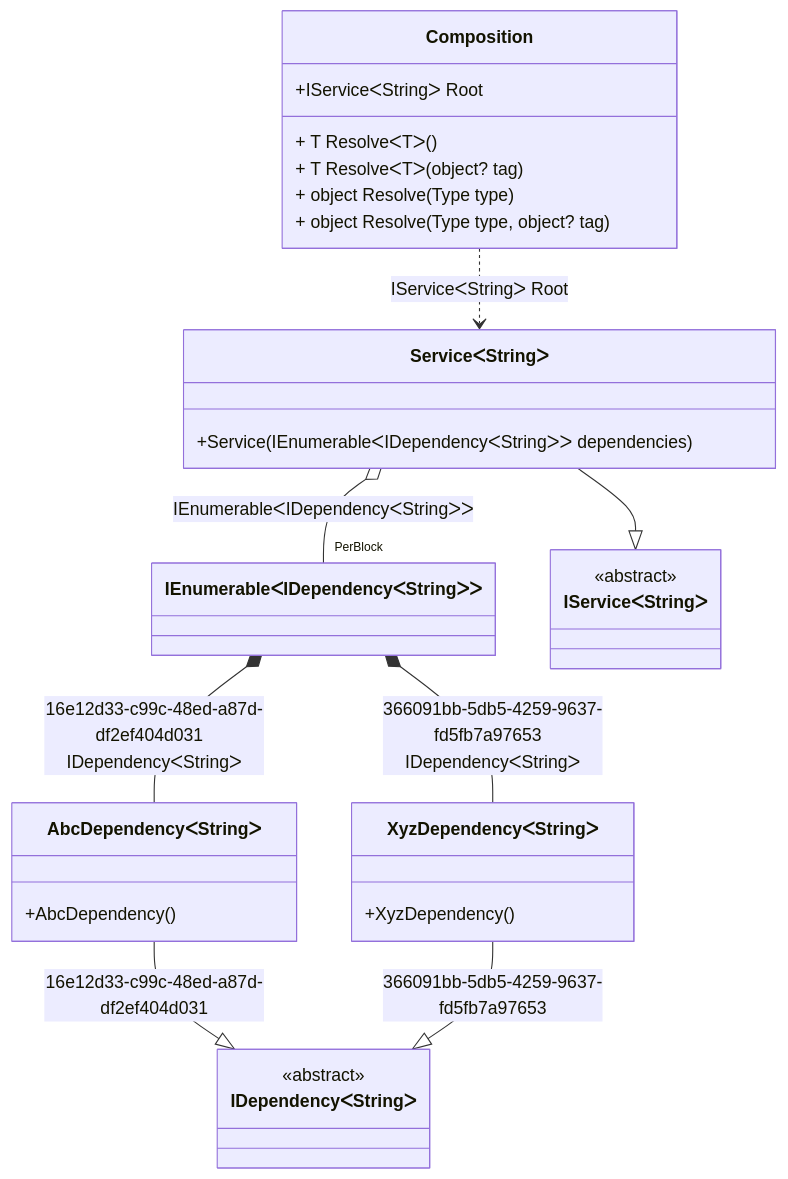
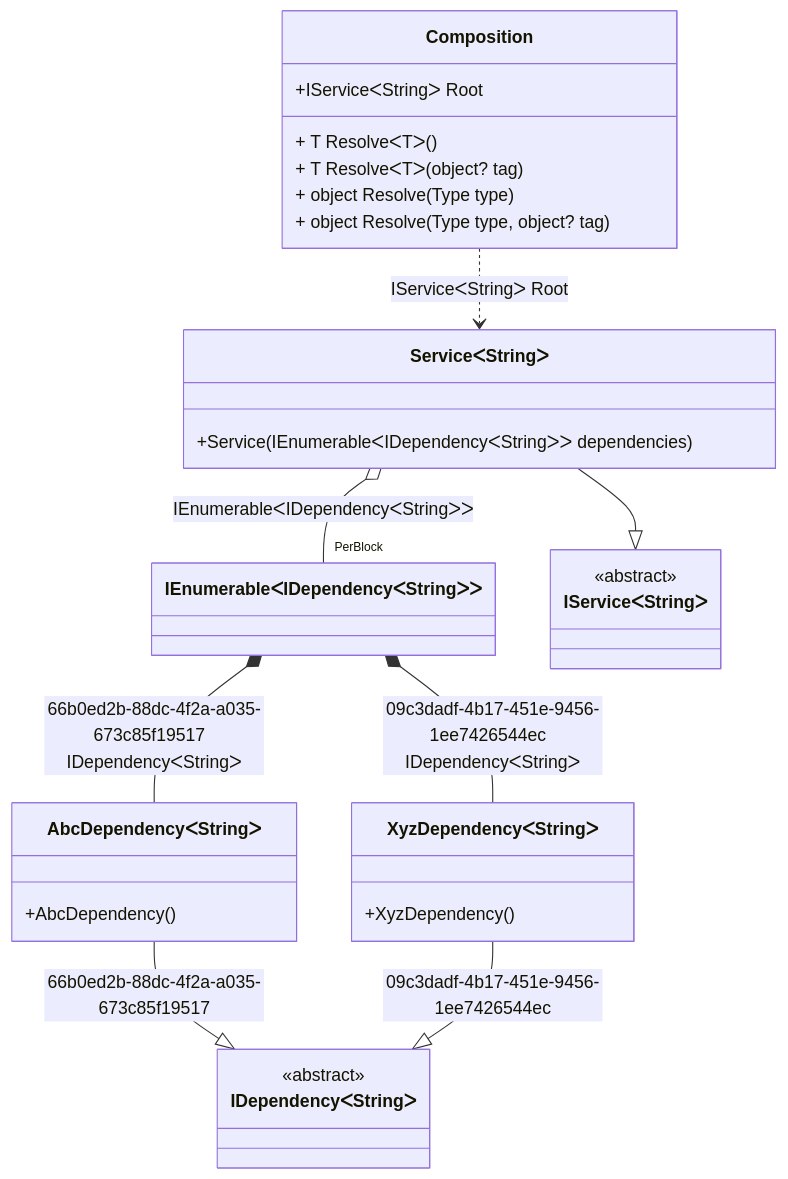
The diagram in readme/tag-unique.md (DevTeam/Pure.DI), drawn with Mermaid before and after one commit. The commit also changed other lines of this file and 2 other files, not shown here.

````diff
--- a/readme/tag-unique.md
+++ b/readme/tag-unique.md
@@ -39,33 +39,33 @@
 ```mermaid
 classDiagram
   class Composition {
     +IServiceᐸStringᐳ Root
     + T ResolveᐸTᐳ()
     + T ResolveᐸTᐳ(object? tag)
     + object Resolve(Type type)
     + object Resolve(Type type, object? tag)
   }
   class IEnumerableᐸIDependencyᐸStringᐳᐳ
-  AbcDependencyᐸStringᐳ --|> IDependencyᐸStringᐳ : 16e12d33-c99c-48ed-a87d-df2ef404d031 
+  AbcDependencyᐸStringᐳ --|> IDependencyᐸStringᐳ : 66b0ed2b-88dc-4f2a-a035-673c85f19517 
   class AbcDependencyᐸStringᐳ {
     +AbcDependency()
   }
-  XyzDependencyᐸStringᐳ --|> IDependencyᐸStringᐳ : 366091bb-5db5-4259-9637-fd5fb7a97653 
+  XyzDependencyᐸStringᐳ --|> IDependencyᐸStringᐳ : 09c3dadf-4b17-451e-9456-1ee7426544ec 
   class XyzDependencyᐸStringᐳ {
     +XyzDependency()
   }
   ServiceᐸStringᐳ --|> IServiceᐸStringᐳ : 
   class ServiceᐸStringᐳ {
     +Service(IEnumerableᐸIDependencyᐸStringᐳᐳ dependencies)
   }
   class IDependencyᐸStringᐳ {
     <<abstract>>
   }
   class IServiceᐸStringᐳ {
     <<abstract>>
   }
-  IEnumerableᐸIDependencyᐸStringᐳᐳ *--  AbcDependencyᐸStringᐳ : 16e12d33-c99c-48ed-a87d-df2ef404d031  IDependencyᐸStringᐳ
-  IEnumerableᐸIDependencyᐸStringᐳᐳ *--  XyzDependencyᐸStringᐳ : 366091bb-5db5-4259-9637-fd5fb7a97653  IDependencyᐸStringᐳ
+  IEnumerableᐸIDependencyᐸStringᐳᐳ *--  AbcDependencyᐸStringᐳ : 66b0ed2b-88dc-4f2a-a035-673c85f19517  IDependencyᐸStringᐳ
+  IEnumerableᐸIDependencyᐸStringᐳᐳ *--  XyzDependencyᐸStringᐳ : 09c3dadf-4b17-451e-9456-1ee7426544ec  IDependencyᐸStringᐳ
   Composition ..> ServiceᐸStringᐳ : IServiceᐸStringᐳ Root
   ServiceᐸStringᐳ o--  "PerBlock" IEnumerableᐸIDependencyᐸStringᐳᐳ : IEnumerableᐸIDependencyᐸStringᐳᐳ
 ```
````
